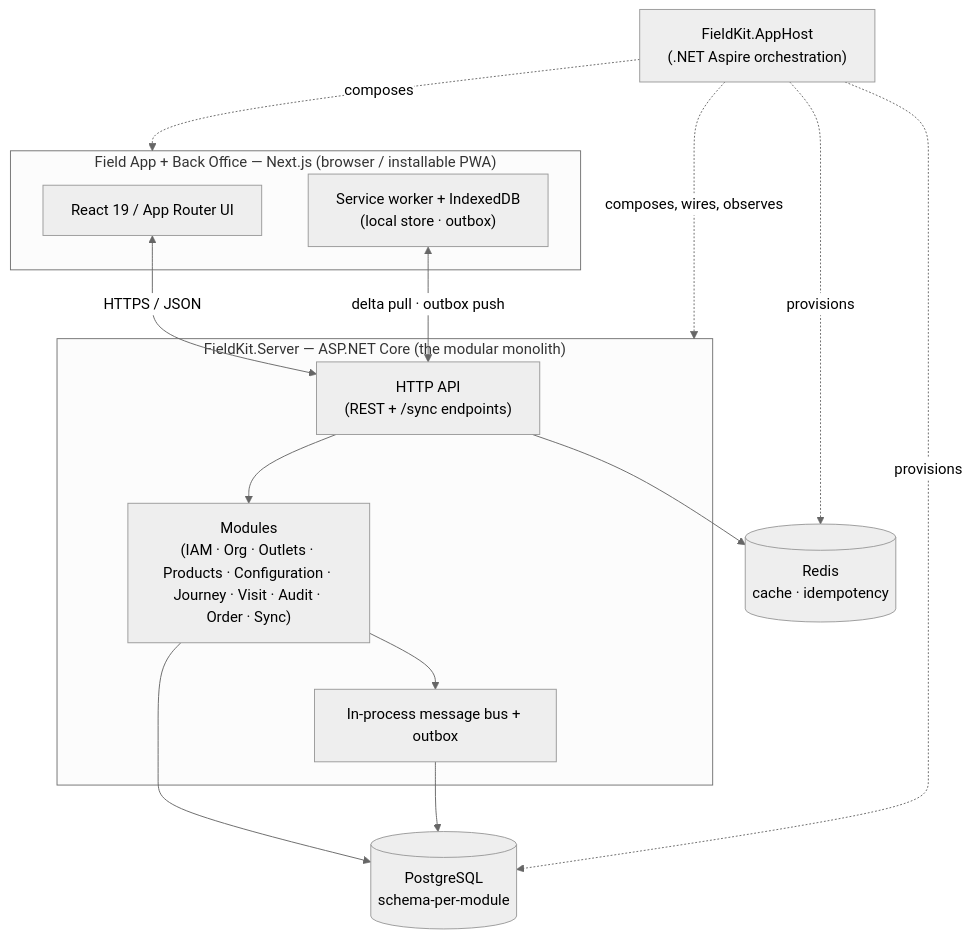
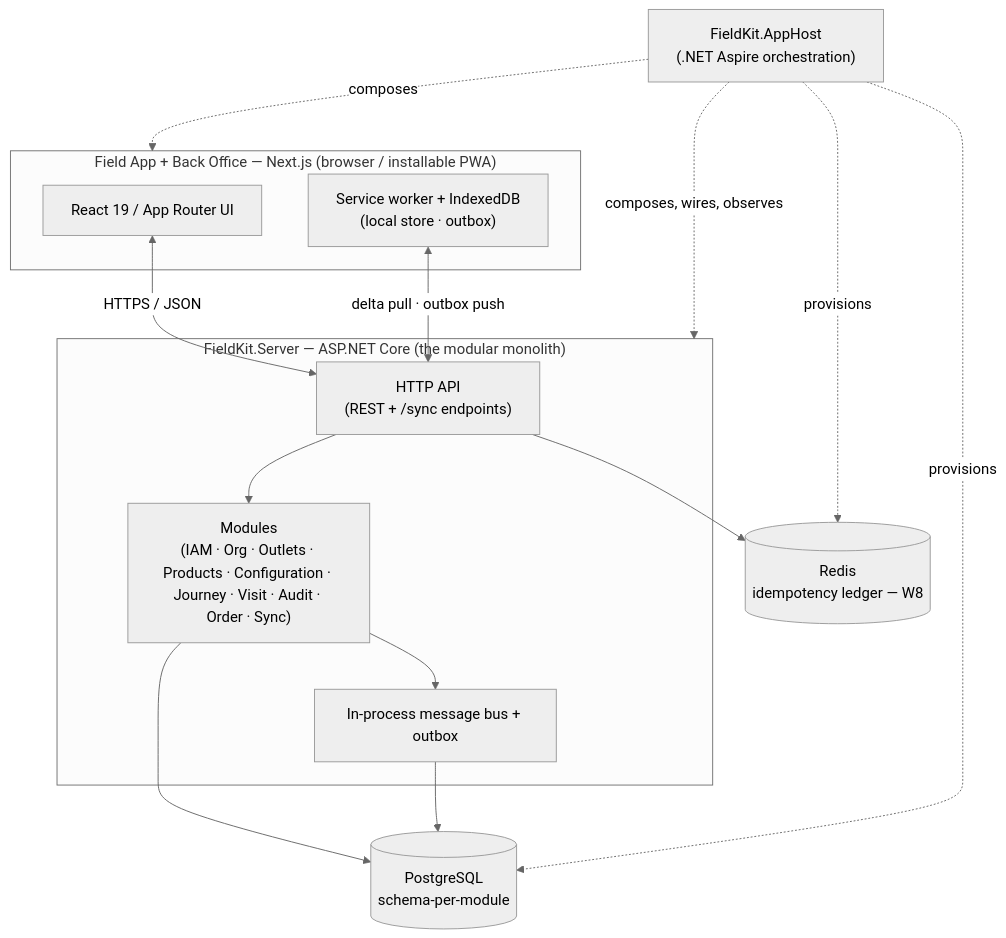
One commit to Tibirot/FieldKit changed the second of 4 diagrams in docs/architecture/00-architecture-overview.md. Above: the diagram before and after it, drawn with Mermaid (neutral theme). The commit also changed other lines of this file and 11 other files, not shown here.

````diff
--- a/docs/architecture/00-architecture-overview.md
+++ b/docs/architecture/00-architecture-overview.md
@@ -58,28 +58,28 @@
 ```mermaid
 flowchart TB
   subgraph client["Field App + Back Office — Next.js (browser / installable PWA)"]
     ui["React 19 / App Router UI"]
     sw["Service worker + IndexedDB<br/>(local store · outbox)"]
   end
 
   subgraph server["FieldKit.Server — ASP.NET Core (the modular monolith)"]
     api["HTTP API<br/>(REST + /sync endpoints)"]
     mods["Modules<br/>(IAM · Org · Outlets · Products · Configuration · Journey · Visit · Audit · Order · Sync)"]
     bus["In-process message bus + outbox"]
   end
 
   pg[("PostgreSQL<br/>schema-per-module")]
-  redis[("Redis<br/>cache · idempotency")]
+  redis[("Redis<br/>idempotency ledger — W8")]
   apphost["FieldKit.AppHost<br/>(.NET Aspire orchestration)"]
 
   ui <-->|"HTTPS / JSON"| api
   sw <-->|"delta pull · outbox push"| api
   api --> mods --> bus
   mods --> pg
   api --> redis
   bus --> pg
   apphost -.->|composes, wires, observes| server
   apphost -.->|composes| client
   apphost -.->|provisions| pg
   apphost -.->|provisions| redis
 ```
````
